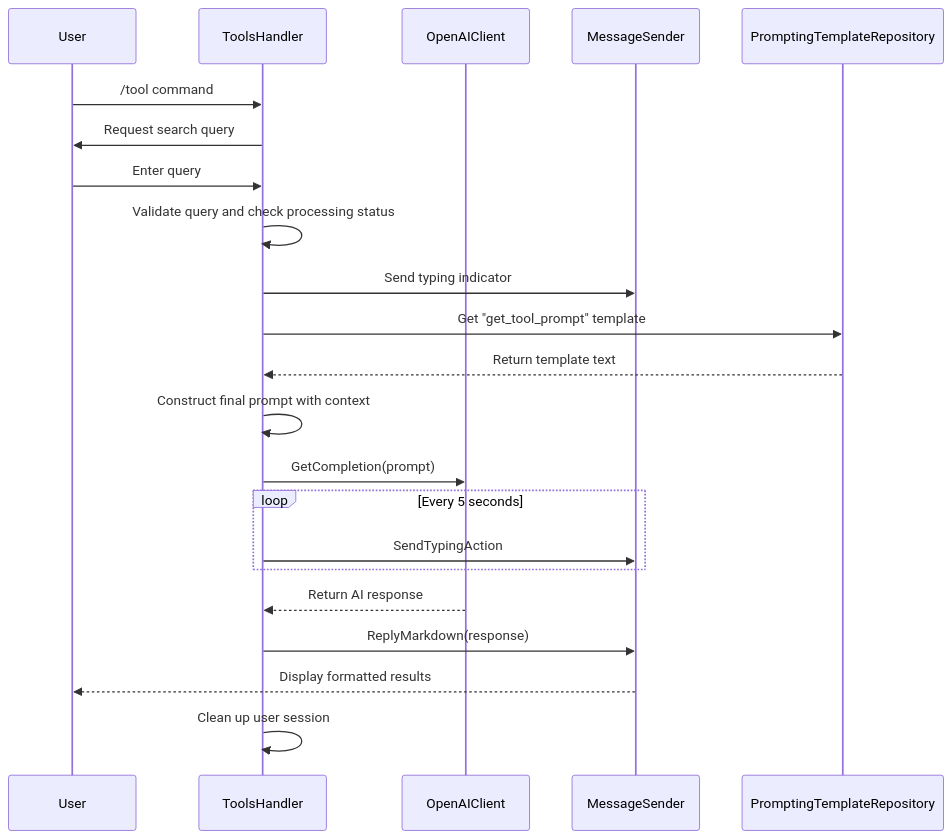
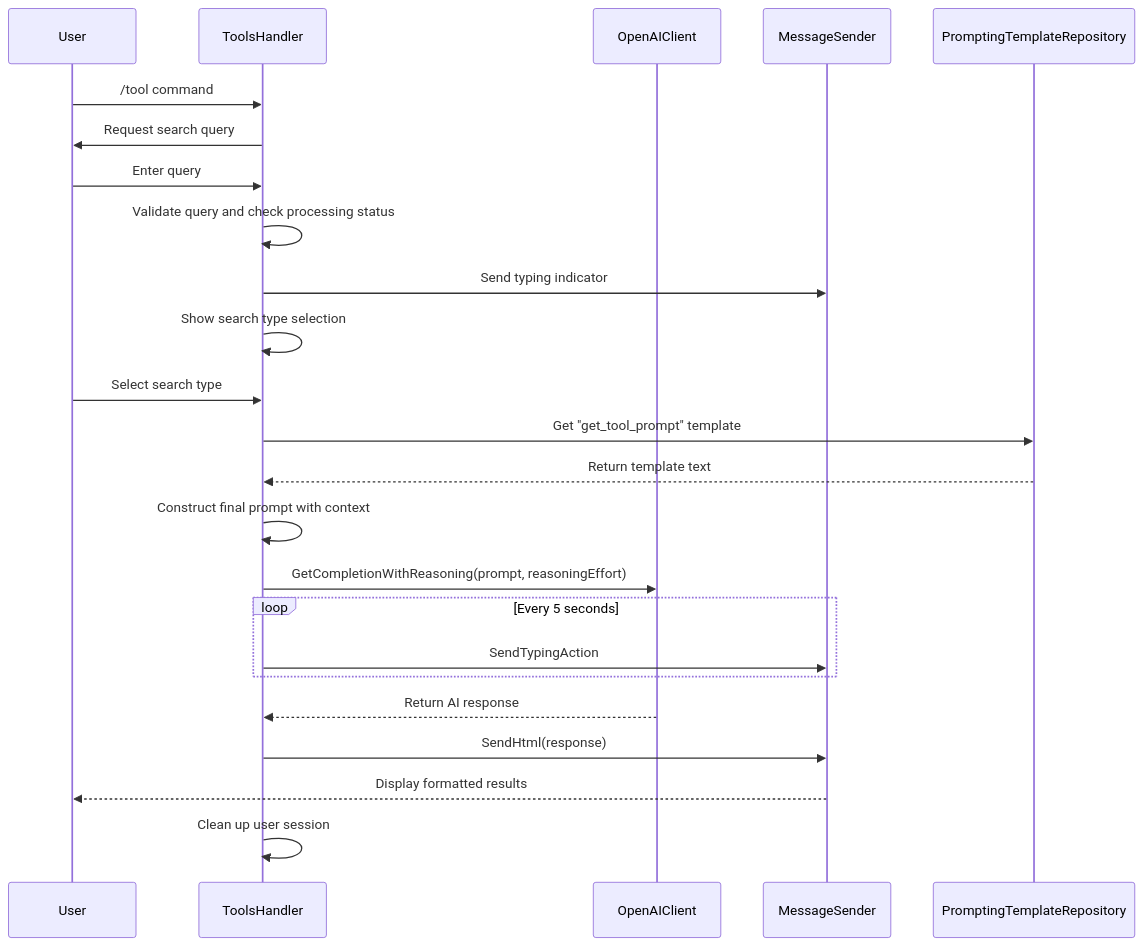
One commit to it-beard/evo-bot-go changed the diagram in .qoder/repowiki/en/content/AI-Powered Search/Tool Search.md. Above: the diagram before and after it, drawn with Mermaid. The commit also changed other lines of this file and 14 other files, not shown here.

First line of the commit message:
feat(search): add search type selection with fast and deep options to all search handlers

````diff
--- a/.qoder/repowiki/en/content/AI-Powered Search/Tool Search.md
+++ b/.qoder/repowiki/en/content/AI-Powered Search/Tool Search.md
@@ -71,23 +80,25 @@
 ```mermaid
 sequenceDiagram
 participant User
 participant ToolsHandler
 participant OpenAIClient
 participant MessageSender
 User->>ToolsHandler : /tool command
 ToolsHandler->>User : Request search query
 User->>ToolsHandler : Enter query
 ToolsHandler->>ToolsHandler : Validate query and check processing status
 ToolsHandler->>MessageSender : Send typing indicator
+ToolsHandler->>ToolsHandler : Show search type selection
+User->>ToolsHandler : Select search type
 ToolsHandler->>PromptingTemplateRepository : Get "get_tool_prompt" template
 PromptingTemplateRepository-->>ToolsHandler : Return template text
 ToolsHandler->>ToolsHandler : Construct final prompt with context
-ToolsHandler->>OpenAIClient : GetCompletion(prompt)
+ToolsHandler->>OpenAIClient : GetCompletionWithReasoning(prompt, reasoningEffort)
 loop Every 5 seconds
 ToolsHandler->>MessageSender : SendTypingAction
 end
 OpenAIClient-->>ToolsHandler : Return AI response
-ToolsHandler->>MessageSender : ReplyMarkdown(response)
+ToolsHandler->>MessageSender : SendHtml(response)
 MessageSender-->>User : Display formatted results
 ToolsHandler->>ToolsHandler : Clean up user session
 ```
````
